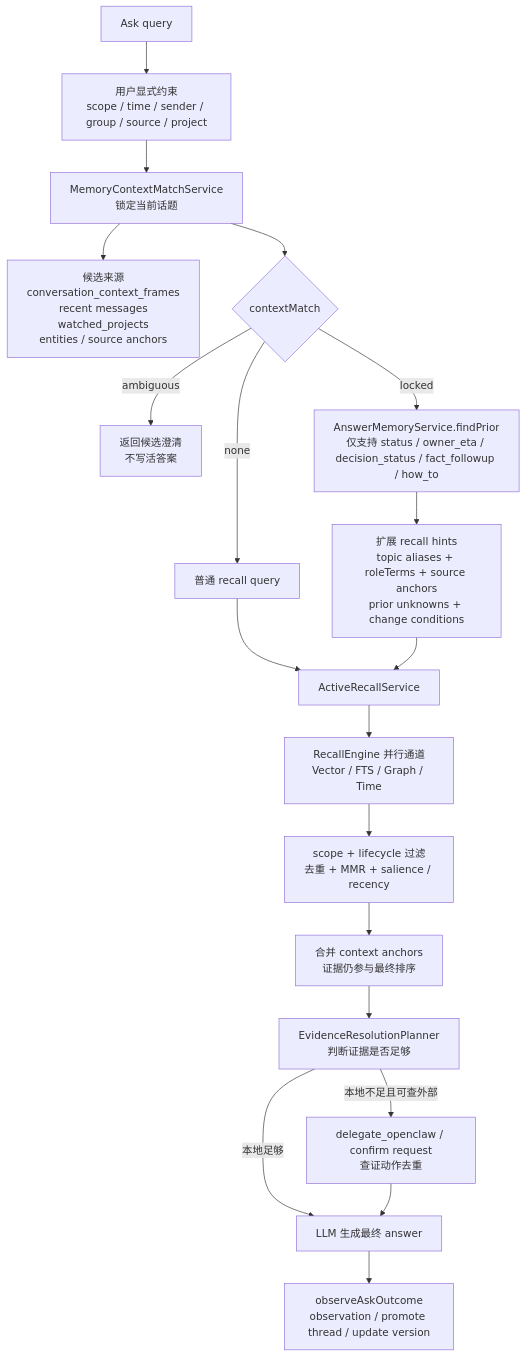
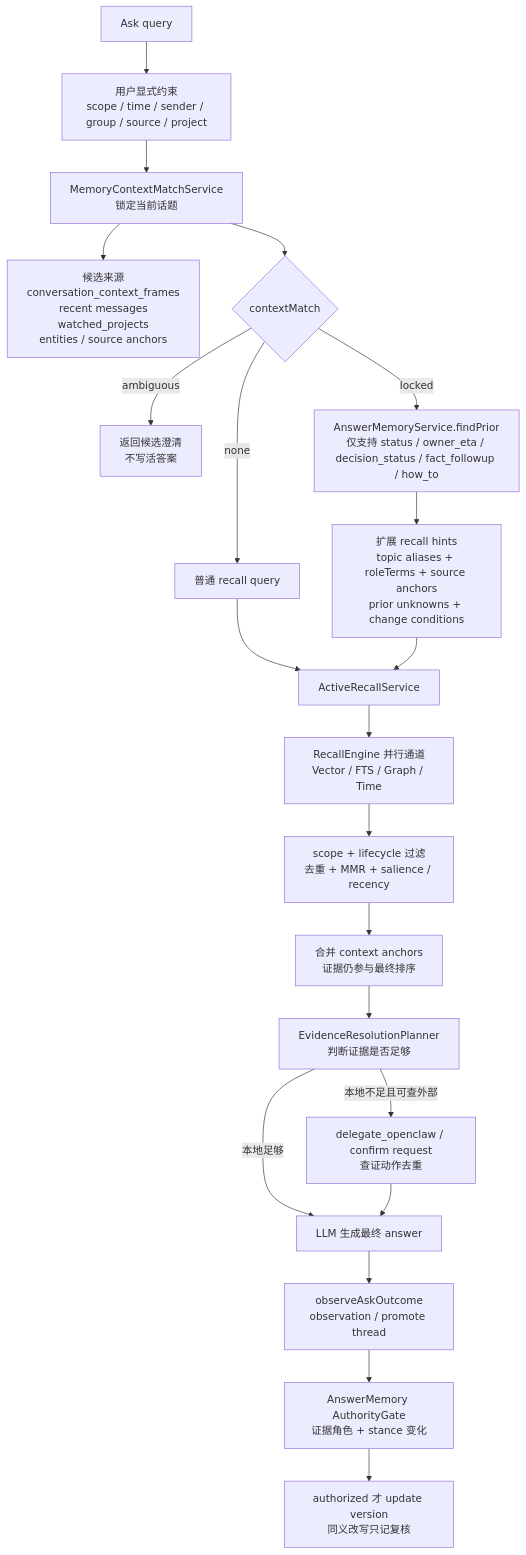
The first of 2 diagrams in docs/features/ask.md (ee01/Personal-AI), drawn with Mermaid before and after one commit. The commit also changed other lines of this file and 158 other files, not shown here.

````diff
--- a/docs/features/ask.md
+++ b/docs/features/ask.md
@@ -60,25 +62,27 @@
 ```mermaid
 flowchart TD
     A["Ask query"] --> B["用户显式约束<br/>scope / time / sender / group / source / project"]
     B --> C["MemoryContextMatchService<br/>锁定当前话题"]
     C --> C1["候选来源<br/>conversation_context_frames<br/>recent messages<br/>watched_projects<br/>entities / source anchors"]
     C --> D{"contextMatch"}
 
     D -->|ambiguous| E["返回候选澄清<br/>不写活答案"]
     D -->|none| F["普通 recall query"]
     D -->|locked| G["AnswerMemoryService.findPrior<br/>仅支持 status / owner_eta / decision_status / fact_followup / how_to"]
 
     G --> H["扩展 recall hints<br/>topic aliases + roleTerms + source anchors<br/>prior unknowns + change conditions"]
     F --> I["ActiveRecallService"]
     H --> I
 
     I --> J["RecallEngine 并行通道<br/>Vector / FTS / Graph / Time"]
     J --> K["scope + lifecycle 过滤<br/>去重 + MMR + salience / recency"]
     K --> L["合并 context anchors<br/>证据仍参与最终排序"]
     L --> M["EvidenceResolutionPlanner<br/>判断证据是否足够"]
 
     M -->|本地足够| N["LLM 生成最终 answer"]
     M -->|本地不足且可查外部| O["delegate_openclaw / confirm request<br/>查证动作去重"]
     O --> N
-    N --> P["observeAskOutcome<br/>observation / promote thread / update version"]
+    N --> P["observeAskOutcome<br/>observation / promote thread"]
+    P --> Q["AnswerMemory AuthorityGate<br/>证据角色 + stance 变化"]
+    Q --> R["authorized 才 update version<br/>同义改写只记复核"]
 ```
````
